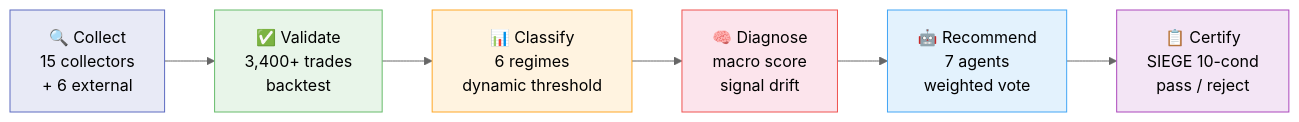
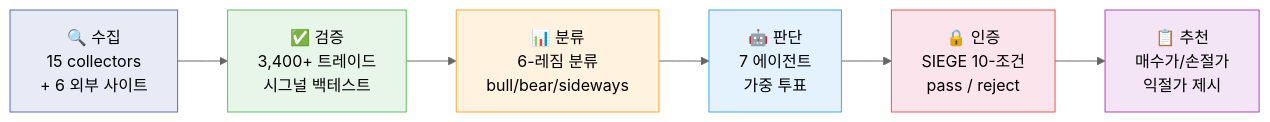
One commit to researcherhojin/nuri-quant changed the diagram in README.md. Above: the diagram before and after it, drawn with Mermaid (neutral theme). The commit also changed other lines of this file, not shown here.

````diff
--- a/README.md
+++ b/README.md
@@ -21,15 +22,15 @@
 ```mermaid
 graph LR
-    A["🔍 Collect<br/>15 collectors<br/>+ 6 external"] --> B["✅ Validate<br/>3,400+ trades<br/>backtest"]
-    B --> C["📊 Classify<br/>6 regimes<br/>dynamic threshold"]
-    C --> D["🧠 Diagnose<br/>macro score<br/>signal drift"]
-    D --> E["🤖 Recommend<br/>7 agents<br/>weighted vote"]
-    E --> F["📋 Certify<br/>SIEGE 10-cond<br/>pass / reject"]
+    A["🔍 수집<br/>15 collectors<br/>+ 6 외부 사이트"] --> B["✅ 검증<br/>3,400+ 트레이드<br/>시그널 백테스트"]
+    B --> C["📊 분류<br/>6-레짐 분류<br/>bull/bear/sideways"]
+    C --> D["🤖 판단<br/>7 에이전트<br/>가중 투표"]
+    D --> E["🔒 인증<br/>SIEGE 10-조건<br/>pass / reject"]
+    E --> F["📋 추천<br/>매수가/손절가<br/>익절가 제시"]
 
     style A fill:#e8eaf6,stroke:#5c6bc0
     style B fill:#e8f5e9,stroke:#66bb6a
     style C fill:#fff3e0,stroke:#ffa726
-    style D fill:#fce4ec,stroke:#ef5350
-    style E fill:#e3f2fd,stroke:#42a5f5
+    style D fill:#e3f2fd,stroke:#42a5f5
+    style E fill:#fce4ec,stroke:#ef5350
     style F fill:#f3e5f5,stroke:#ab47bc
 ```
````
